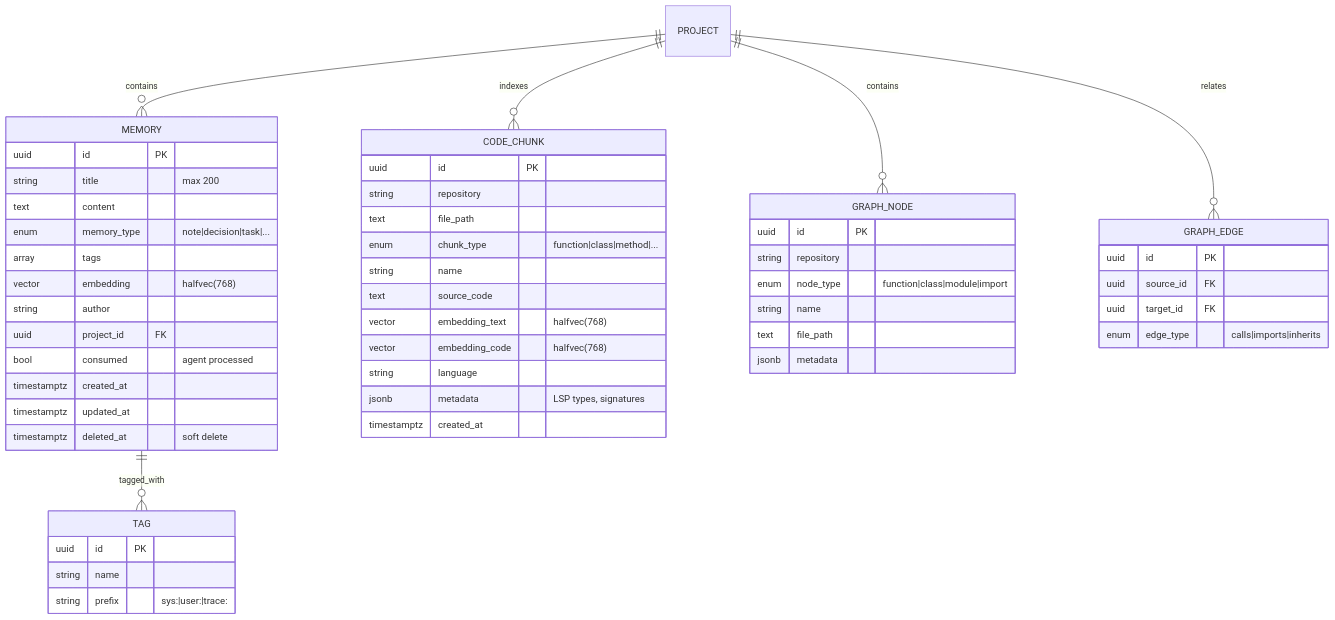
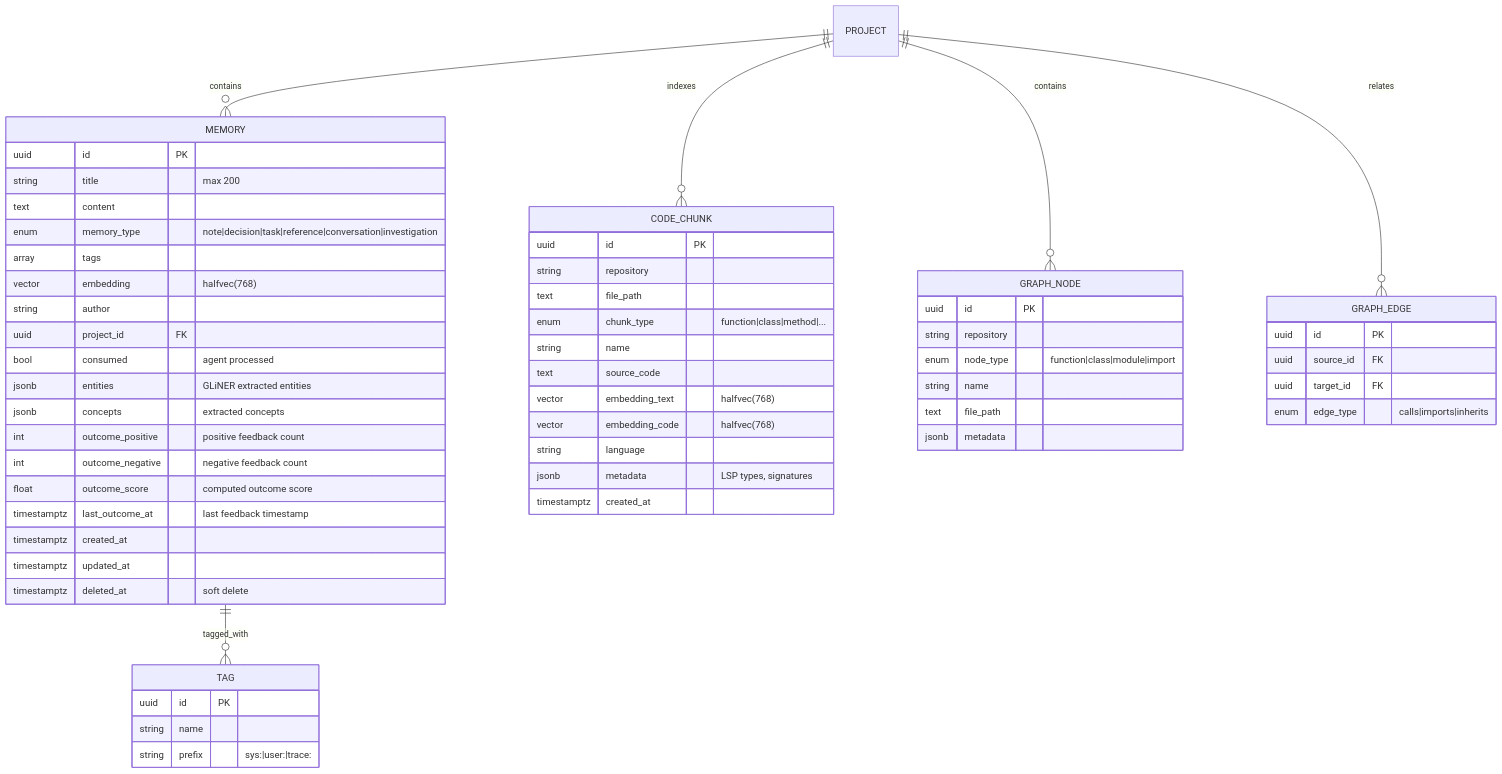
Diagram 12 of 15 in docs/ARCHITECTURE.md (giak/mnemo-lite), drawn with Mermaid before and after one commit. The commit also changed other lines of this file, not shown here.

First line of the commit message:
docs: update ARCHITECTURE.md to reflect current codebase

````diff
--- a/docs/ARCHITECTURE.md
+++ b/docs/ARCHITECTURE.md
@@ -474,59 +622,65 @@
 ```mermaid
 erDiagram
     PROJECT ||--o{ MEMORY : contains
     PROJECT ||--o{ CODE_CHUNK : indexes
     PROJECT ||--o{ GRAPH_NODE : contains
     PROJECT ||--o{ GRAPH_EDGE : relates
 
     MEMORY ||--o{ TAG : tagged_with
     MEMORY {
         uuid id PK
         string title "max 200"
         text content
-        enum memory_type "note|decision|task|..."
+        enum memory_type "note|decision|task|reference|conversation|investigation"
         array tags
         vector embedding "halfvec(768)"
         string author
         uuid project_id FK
         bool consumed "agent processed"
+        jsonb entities "GLiNER extracted entities"
+        jsonb concepts "extracted concepts"
+        int outcome_positive "positive feedback count"
+        int outcome_negative "negative feedback count"
+        float outcome_score "computed outcome score"
+        timestamptz last_outcome_at "last feedback timestamp"
         timestamptz created_at
         timestamptz updated_at
         timestamptz deleted_at "soft delete"
     }
 
     CODE_CHUNK {
         uuid id PK
         string repository
         text file_path
         enum chunk_type "function|class|method|..."
         string name
         text source_code
         vector embedding_text "halfvec(768)"
         vector embedding_code "halfvec(768)"
         string language
         jsonb metadata "LSP types, signatures"
         timestamptz created_at
     }
 
     GRAPH_NODE {
         uuid id PK
         string repository
         enum node_type "function|class|module|import"
         string name
         text file_path
         jsonb metadata
     }
 
     GRAPH_EDGE {
         uuid id PK
         uuid source_id FK
         uuid target_id FK
         enum edge_type "calls|imports|inherits"
     }
 
     TAG {
         uuid id PK
         string name
         string prefix "sys:|user:|trace:"
     }
 ```
````
